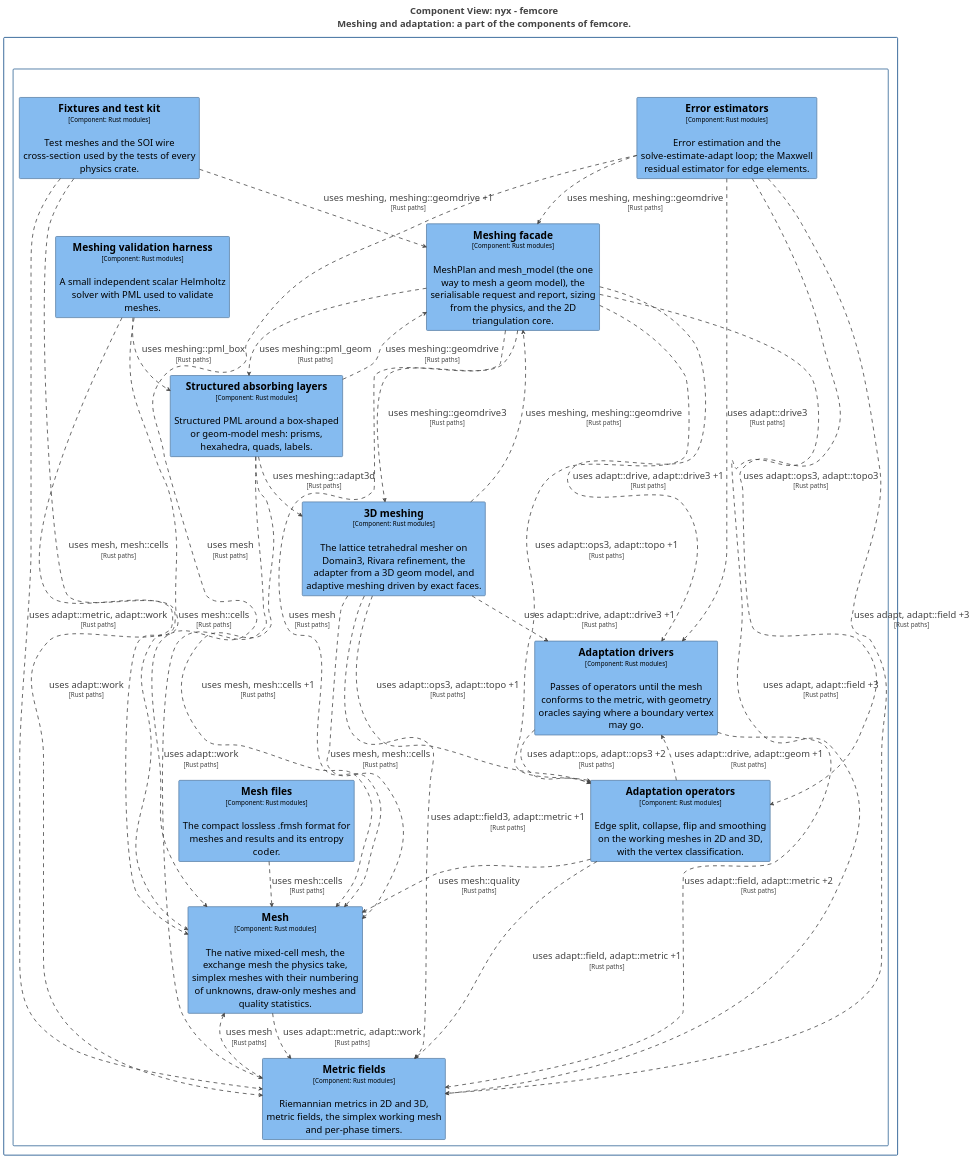
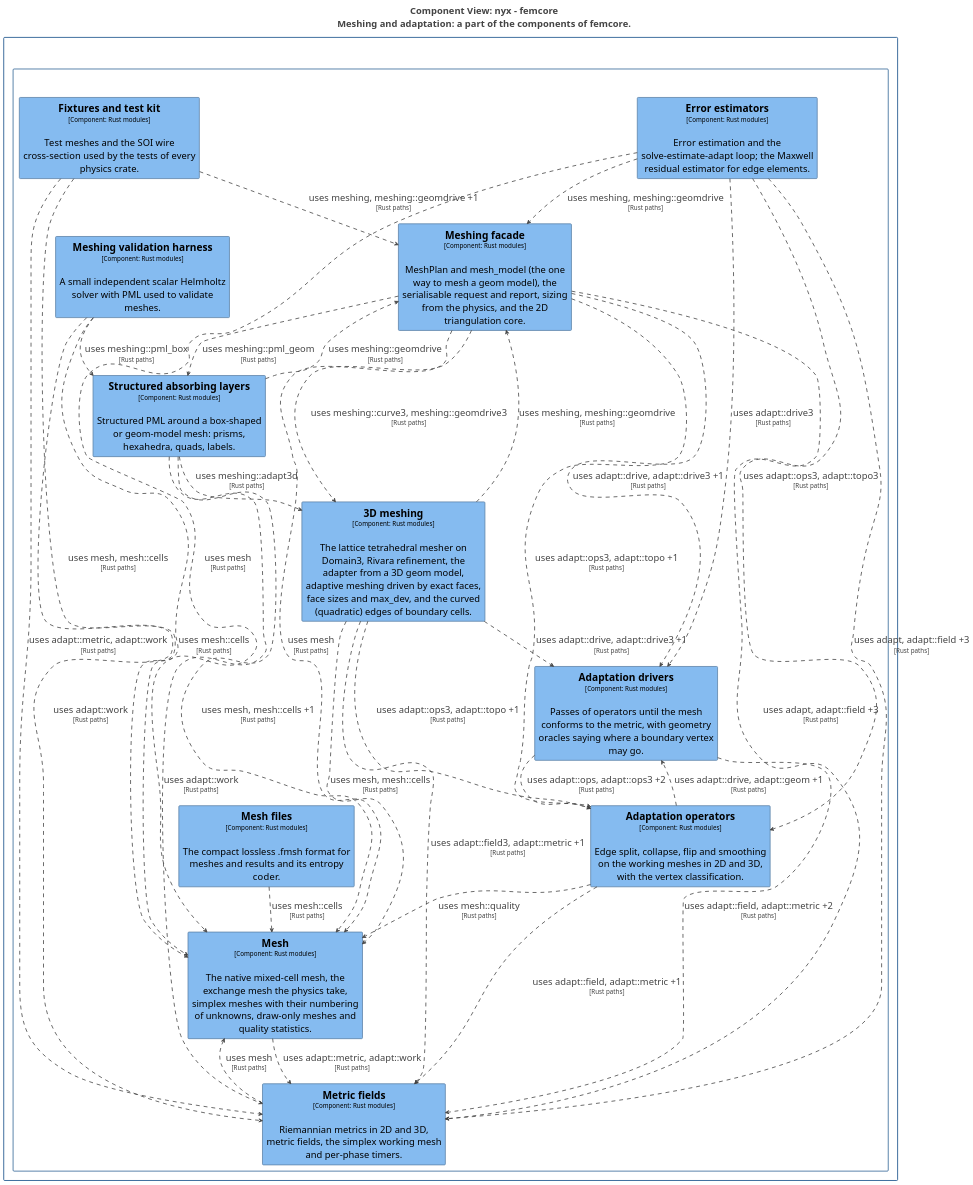
Before and after one commit to p-j-r/nyx: the diagram in docs/architecture/c4/export/plantuml/structurizr-Components_femcore_meshing.puml, drawn with PlantUML. The commit also changed 65 other files, not shown here.

Commit message:
R12: curved order-2 geometry for the ems cavity study (ADR 82) and face sizes and max_dev in the 3D lattice mesher (ADR 83); 922 pass, 0 fail, 11 ignored; clippy and fmt clean; docs, status, contracts, C4

```diff
--- a/docs/architecture/c4/export/plantuml/structurizr-Components_femcore_meshing.puml
+++ b/docs/architecture/c4/export/plantuml/structurizr-Components_femcore_meshing.puml
@@ -1,111 +1,111 @@
 @startuml
 title <size:24>Component View: nyx - femcore</size>\n<size:24>Meshing and adaptation: a part of the components of femcore.</size>
 
 set separator none
 top to bottom direction
 skinparam ranksep 60
 skinparam nodesep 30
 hide stereotype
 
 <style>
   root {
     BackgroundColor: #ffffff;
     FontColor: #444444;
   }
   // Element,Component
   .Element-RWxlbWVudCxDb21wb25lbnQ= {
     BackgroundColor: #85bbf0;
     LineColor: #5d82a8;
     LineStyle: 0;
     LineThickness: 2;
     FontColor: #000000;
     FontSize: 24;
     HorizontalAlignment: center;
     Shadowing: 0;
     MaximumWidth: 450;
   }
   // Relationship
   .Relationship-UmVsYXRpb25zaGlw {
     LineThickness: 2;
     LineStyle: 10-10;
     LineColor: #444444;
     FontColor: #444444;
     FontSize: 24;
   }
   // femcore
   .Boundary-ZmVtY29yZQ== {
     BackgroundColor: #ffffff;
     LineColor: #2e6295;
     LineStyle: 0;
     LineThickness: 2;
     FontColor: #ffffff;
     FontSize: 24;
     HorizontalAlignment: center;
     Shadowing: 0;
   }
   // nyx
   .Boundary-bnl4 {
     BackgroundColor: #ffffff;
     LineColor: #0b4884;
     LineStyle: 0;
     LineThickness: 2;
     FontColor: #ffffff;
     FontSize: 24;
     HorizontalAlignment: center;
     Shadowing: 0;
   }
 </style>
 
 rectangle "nyx\n<size:16>[Software System]</size>" <<Boundary-bnl4>> {
   rectangle "femcore\n<size:16>[Container: Rust library]</size>" <<Boundary-ZmVtY29yZQ==>> {
     rectangle "==Mesh\n<size:16>[Component: Rust modules]</size>\n\nThe native mixed-cell mesh, the exchange mesh the physics take, simplex meshes with their numbering of unknowns, draw-only meshes and quality statistics." <<Element-RWxlbWVudCxDb21wb25lbnQ=>> as nyx.femcore.Mesh
     rectangle "==Mesh files\n<size:16>[Component: Rust modules]</size>\n\nThe compact lossless .fmsh format for meshes and results and its entropy coder." <<Element-RWxlbWVudCxDb21wb25lbnQ=>> as nyx.femcore.Meshfiles
     rectangle "==Fixtures and test kit\n<size:16>[Component: Rust modules]</size>\n\nTest meshes and the SOI wire cross-section used by the tests of every physics crate." <<Element-RWxlbWVudCxDb21wb25lbnQ=>> as nyx.femcore.Fixturesandtestkit
     rectangle "==Meshing facade\n<size:16>[Component: Rust modules]</size>\n\nMeshPlan and mesh_model (the one way to mesh a geom model), the serialisable request and report, sizing from the physics, and the 2D triangulation core." <<Element-RWxlbWVudCxDb21wb25lbnQ=>> as nyx.femcore.Meshingfacade
-    rectangle "==3D meshing\n<size:16>[Component: Rust modules]</size>\n\nThe lattice tetrahedral mesher on Domain3, Rivara refinement, the adapter from a 3D geom model, and adaptive meshing driven by exact faces." <<Element-RWxlbWVudCxDb21wb25lbnQ=>> as nyx.femcore.3Dmeshing
+    rectangle "==3D meshing\n<size:16>[Component: Rust modules]</size>\n\nThe lattice tetrahedral mesher on Domain3, Rivara refinement, the adapter from a 3D geom model, adaptive meshing driven by exact faces, face sizes and max_dev, and the curved (quadratic) edges of boundary cells." <<Element-RWxlbWVudCxDb21wb25lbnQ=>> as nyx.femcore.3Dmeshing
     rectangle "==Structured absorbing layers\n<size:16>[Component: Rust modules]</size>\n\nStructured PML around a box-shaped or geom-model mesh: prisms, hexahedra, quads, labels." <<Element-RWxlbWVudCxDb21wb25lbnQ=>> as nyx.femcore.Structuredabsorbinglayers
     rectangle "==Meshing validation harness\n<size:16>[Component: Rust modules]</size>\n\nA small independent scalar Helmholtz solver with PML used to validate meshes." <<Element-RWxlbWVudCxDb21wb25lbnQ=>> as nyx.femcore.Meshingvalidationharness
     rectangle "==Metric fields\n<size:16>[Component: Rust modules]</size>\n\nRiemannian metrics in 2D and 3D, metric fields, the simplex working mesh and per-phase timers." <<Element-RWxlbWVudCxDb21wb25lbnQ=>> as nyx.femcore.Metricfields
     rectangle "==Adaptation operators\n<size:16>[Component: Rust modules]</size>\n\nEdge split, collapse, flip and smoothing on the working meshes in 2D and 3D, with the vertex classification." <<Element-RWxlbWVudCxDb21wb25lbnQ=>> as nyx.femcore.Adaptationoperators
     rectangle "==Adaptation drivers\n<size:16>[Component: Rust modules]</size>\n\nPasses of operators until the mesh conforms to the metric, with geometry oracles saying where a boundary vertex may go." <<Element-RWxlbWVudCxDb21wb25lbnQ=>> as nyx.femcore.Adaptationdrivers
     rectangle "==Error estimators\n<size:16>[Component: Rust modules]</size>\n\nError estimation and the solve-estimate-adapt loop; the Maxwell residual estimator for edge elements." <<Element-RWxlbWVudCxDb21wb25lbnQ=>> as nyx.femcore.Errorestimators
   }
 
 }
 
 nyx.femcore.Adaptationdrivers --> nyx.femcore.Adaptationoperators <<Relationship-UmVsYXRpb25zaGlw>> : "uses adapt::ops, adapt::ops3 +2\n<size:16>[Rust paths]</size>"
 nyx.femcore.Adaptationdrivers --> nyx.femcore.Metricfields <<Relationship-UmVsYXRpb25zaGlw>> : "uses adapt::field, adapt::metric +2\n<size:16>[Rust paths]</size>"
 nyx.femcore.Adaptationoperators --> nyx.femcore.Adaptationdrivers <<Relationship-UmVsYXRpb25zaGlw>> : "uses adapt::drive, adapt::geom +1\n<size:16>[Rust paths]</size>"
 nyx.femcore.Adaptationoperators --> nyx.femcore.Mesh <<Relationship-UmVsYXRpb25zaGlw>> : "uses mesh::quality\n<size:16>[Rust paths]</size>"
 nyx.femcore.Adaptationoperators --> nyx.femcore.Metricfields <<Relationship-UmVsYXRpb25zaGlw>> : "uses adapt::field, adapt::metric +1\n<size:16>[Rust paths]</size>"
 nyx.femcore.Errorestimators --> nyx.femcore.Adaptationdrivers <<Relationship-UmVsYXRpb25zaGlw>> : "uses adapt::drive3\n<size:16>[Rust paths]</size>"
 nyx.femcore.Errorestimators --> nyx.femcore.Adaptationoperators <<Relationship-UmVsYXRpb25zaGlw>> : "uses adapt::ops3, adapt::topo3\n<size:16>[Rust paths]</size>"
 nyx.femcore.Errorestimators --> nyx.femcore.Mesh <<Relationship-UmVsYXRpb25zaGlw>> : "uses mesh\n<size:16>[Rust paths]</size>"
 nyx.femcore.Errorestimators --> nyx.femcore.Meshingfacade <<Relationship-UmVsYXRpb25zaGlw>> : "uses meshing, meshing::geomdrive\n<size:16>[Rust paths]</size>"
 nyx.femcore.Errorestimators --> nyx.femcore.Metricfields <<Relationship-UmVsYXRpb25zaGlw>> : "uses adapt, adapt::field +3\n<size:16>[Rust paths]</size>"
 nyx.femcore.Fixturesandtestkit --> nyx.femcore.Mesh <<Relationship-UmVsYXRpb25zaGlw>> : "uses mesh, mesh::cells\n<size:16>[Rust paths]</size>"
 nyx.femcore.Fixturesandtestkit --> nyx.femcore.Meshingfacade <<Relationship-UmVsYXRpb25zaGlw>> : "uses meshing, meshing::geomdrive +1\n<size:16>[Rust paths]</size>"
 nyx.femcore.Fixturesandtestkit --> nyx.femcore.Metricfields <<Relationship-UmVsYXRpb25zaGlw>> : "uses adapt::metric, adapt::work\n<size:16>[Rust paths]</size>"
 nyx.femcore.Mesh --> nyx.femcore.Metricfields <<Relationship-UmVsYXRpb25zaGlw>> : "uses adapt::metric, adapt::work\n<size:16>[Rust paths]</size>"
 nyx.femcore.Meshingvalidationharness --> nyx.femcore.Mesh <<Relationship-UmVsYXRpb25zaGlw>> : "uses mesh::cells\n<size:16>[Rust paths]</size>"
 nyx.femcore.Meshingvalidationharness --> nyx.femcore.Metricfields <<Relationship-UmVsYXRpb25zaGlw>> : "uses adapt::work\n<size:16>[Rust paths]</size>"
 nyx.femcore.Meshingvalidationharness --> nyx.femcore.Structuredabsorbinglayers <<Relationship-UmVsYXRpb25zaGlw>> : "uses meshing::pml_box\n<size:16>[Rust paths]</size>"
 nyx.femcore.Meshingfacade --> nyx.femcore.Adaptationdrivers <<Relationship-UmVsYXRpb25zaGlw>> : "uses adapt::drive, adapt::drive3 +1\n<size:16>[Rust paths]</size>"
 nyx.femcore.Meshingfacade --> nyx.femcore.Adaptationoperators <<Relationship-UmVsYXRpb25zaGlw>> : "uses adapt::ops3, adapt::topo +1\n<size:16>[Rust paths]</size>"
 nyx.femcore.Meshingfacade --> nyx.femcore.Mesh <<Relationship-UmVsYXRpb25zaGlw>> : "uses mesh\n<size:16>[Rust paths]</size>"
-nyx.femcore.Meshingfacade --> nyx.femcore.3Dmeshing <<Relationship-UmVsYXRpb25zaGlw>> : "uses meshing::geomdrive3\n<size:16>[Rust paths]</size>"
+nyx.femcore.Meshingfacade --> nyx.femcore.3Dmeshing <<Relationship-UmVsYXRpb25zaGlw>> : "uses meshing::curve3, meshing::geomdrive3\n<size:16>[Rust paths]</size>"
 nyx.femcore.Meshingfacade --> nyx.femcore.Metricfields <<Relationship-UmVsYXRpb25zaGlw>> : "uses adapt, adapt::field +3\n<size:16>[Rust paths]</size>"
 nyx.femcore.Meshingfacade --> nyx.femcore.Structuredabsorbinglayers <<Relationship-UmVsYXRpb25zaGlw>> : "uses meshing::pml_geom\n<size:16>[Rust paths]</size>"
 nyx.femcore.3Dmeshing --> nyx.femcore.Adaptationdrivers <<Relationship-UmVsYXRpb25zaGlw>> : "uses adapt::drive, adapt::drive3 +1\n<size:16>[Rust paths]</size>"
 nyx.femcore.3Dmeshing --> nyx.femcore.Adaptationoperators <<Relationship-UmVsYXRpb25zaGlw>> : "uses adapt::ops3, adapt::topo +1\n<size:16>[Rust paths]</size>"
 nyx.femcore.3Dmeshing --> nyx.femcore.Mesh <<Relationship-UmVsYXRpb25zaGlw>> : "uses mesh, mesh::cells\n<size:16>[Rust paths]</size>"
 nyx.femcore.3Dmeshing --> nyx.femcore.Meshingfacade <<Relationship-UmVsYXRpb25zaGlw>> : "uses meshing, meshing::geomdrive\n<size:16>[Rust paths]</size>"
 nyx.femcore.3Dmeshing --> nyx.femcore.Metricfields <<Relationship-UmVsYXRpb25zaGlw>> : "uses adapt::field3, adapt::metric +1\n<size:16>[Rust paths]</size>"
 nyx.femcore.Meshfiles --> nyx.femcore.Mesh <<Relationship-UmVsYXRpb25zaGlw>> : "uses mesh::cells\n<size:16>[Rust paths]</size>"
 nyx.femcore.Metricfields --> nyx.femcore.Mesh <<Relationship-UmVsYXRpb25zaGlw>> : "uses mesh\n<size:16>[Rust paths]</size>"
 nyx.femcore.Structuredabsorbinglayers --> nyx.femcore.Mesh <<Relationship-UmVsYXRpb25zaGlw>> : "uses mesh, mesh::cells +1\n<size:16>[Rust paths]</size>"
 nyx.femcore.Structuredabsorbinglayers --> nyx.femcore.Meshingfacade <<Relationship-UmVsYXRpb25zaGlw>> : "uses meshing::geomdrive\n<size:16>[Rust paths]</size>"
 nyx.femcore.Structuredabsorbinglayers --> nyx.femcore.3Dmeshing <<Relationship-UmVsYXRpb25zaGlw>> : "uses meshing::adapt3d\n<size:16>[Rust paths]</size>"
 nyx.femcore.Structuredabsorbinglayers --> nyx.femcore.Metricfields <<Relationship-UmVsYXRpb25zaGlw>> : "uses adapt::work\n<size:16>[Rust paths]</size>"
 
 @enduml
```
